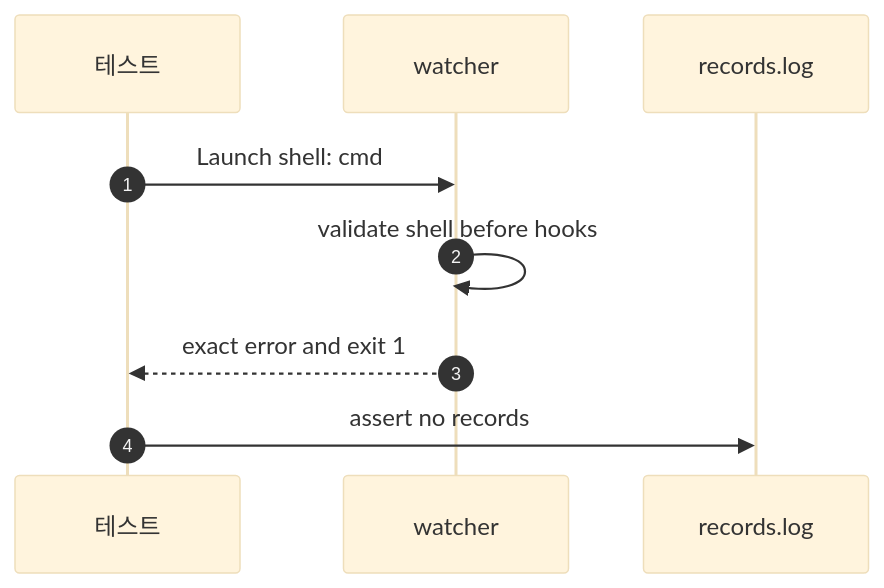
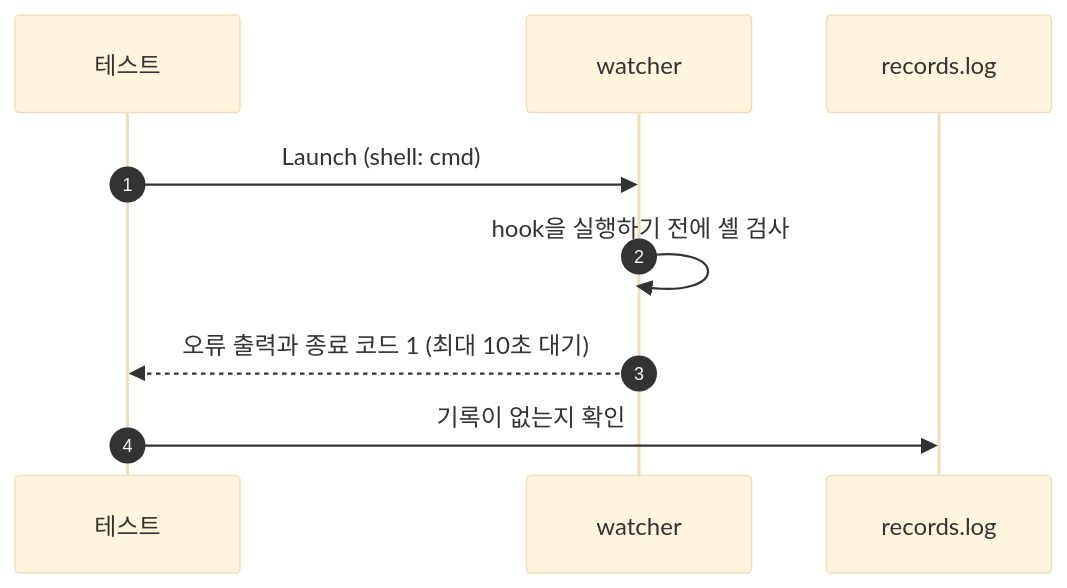
Before and after one commit to seungyeop-lee/directory-watcher: the diagram in e2e/docs/scenarios/windows-shell-rejected-on-unix.ko.md, drawn with Mermaid (base theme). The commit also changed other lines of this file and 47 other files, not shown here.

````diff
--- a/e2e/docs/scenarios/windows-shell-rejected-on-unix.ko.md
+++ b/e2e/docs/scenarios/windows-shell-rejected-on-unix.ko.md
@@ -21,11 +21,11 @@
 ```mermaid
 sequenceDiagram
     autonumber
     participant testCode as 테스트
     participant watcherProc as watcher
     participant recordFile as records.log
-    testCode->>watcherProc: Launch shell: cmd
-    watcherProc->>watcherProc: validate shell before hooks
-    watcherProc-->>testCode: exact error and exit 1
-    testCode->>recordFile: assert no records
+    testCode->>watcherProc: Launch (shell: cmd)
+    watcherProc->>watcherProc: hook을 실행하기 전에 셸 검사
+    watcherProc-->>testCode: 오류 출력과 종료 코드 1 (최대 10초 대기)
+    testCode->>recordFile: 기록이 없는지 확인
 ```
````
